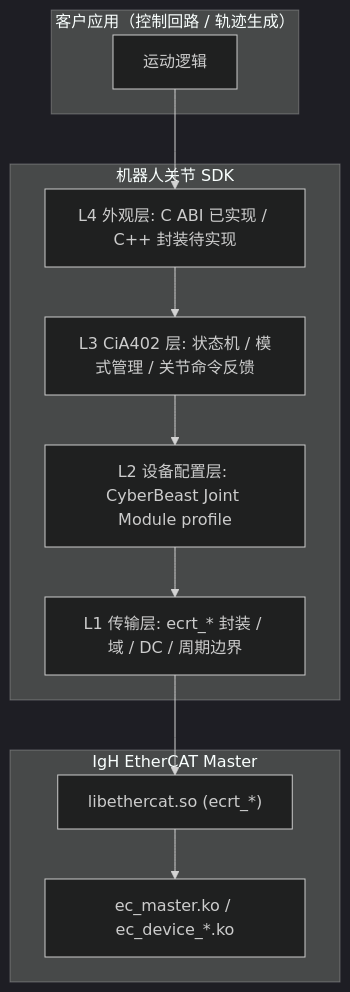
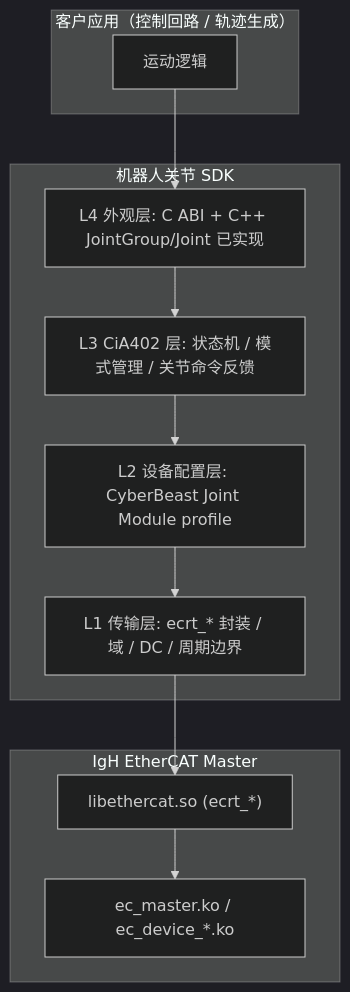
The first of 3 diagrams in joint-sdk/ARCHITECTURE.zh-CN.md (cyberbeast0829/EtherCAT_Master_Joint_SDK), drawn with Mermaid (dark theme) before and after one commit. The commit also changed other lines of this file and 5 other files, not shown here.

````diff
--- a/joint-sdk/ARCHITECTURE.zh-CN.md
+++ b/joint-sdk/ARCHITECTURE.zh-CN.md
@@ -57,20 +57,20 @@
 ```mermaid
 graph TD
     subgraph App["客户应用（控制回路 / 轨迹生成）"]
       A1["运动逻辑"]
     end
 
     subgraph SDK["机器人关节 SDK"]
-      L4["L4 外观层: C ABI 已实现 / C++ 封装待实现"]
+      L4["L4 外观层: C ABI + C++ JointGroup/Joint 已实现"]
       L3["L3 CiA402 层: 状态机 / 模式管理 / 关节命令反馈"]
       L2["L2 设备配置层: CyberBeast Joint Module profile"]
       L1["L1 传输层: ecrt_* 封装 / 域 / DC / 周期边界"]
     end
 
     subgraph IgH["IgH EtherCAT Master"]
       E1["libethercat.so (ecrt_*)"]
       E2["ec_master.ko / ec_device_*.ko"]
     end
 
     A1 --> L4 --> L3 --> L2 --> L1 --> E1 --> E2
 ```
````
